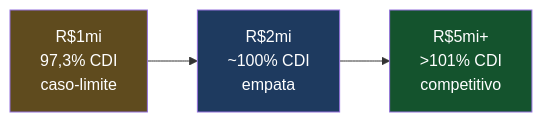
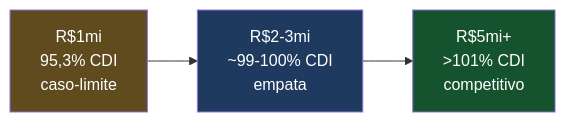
Before and after one commit to viniciuscbf/dtvm: the third of 4 diagrams in planilha_custos.md, drawn with Mermaid. The commit also changed other lines of this file and 53 other files, not shown here.

````diff
--- a/planilha_custos.md
+++ b/planilha_custos.md
@@ -177,7 +177,7 @@
 ```mermaid
 graph LR
-    A[R$1mi<br/>97,3% CDI<br/>caso-limite] --> B[R$2mi<br/>~100% CDI<br/>empata] --> C[R$5mi+<br/>>101% CDI<br/>competitivo]
+    A[R$1mi<br/>95,3% CDI<br/>caso-limite] --> B[R$2-3mi<br/>~99-100% CDI<br/>empata] --> C[R$5mi+<br/>>101% CDI<br/>competitivo]
     style A fill:#5f4b1e,color:#fff
     style B fill:#1e3a5f,color:#fff
     style C fill:#14532d,color:#fff
 ```
````
